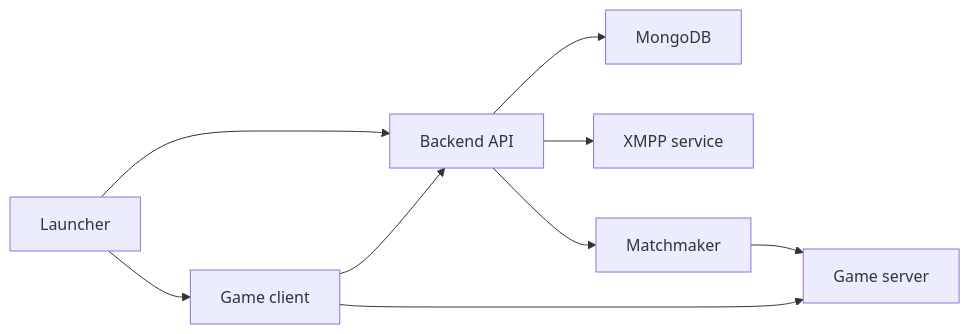
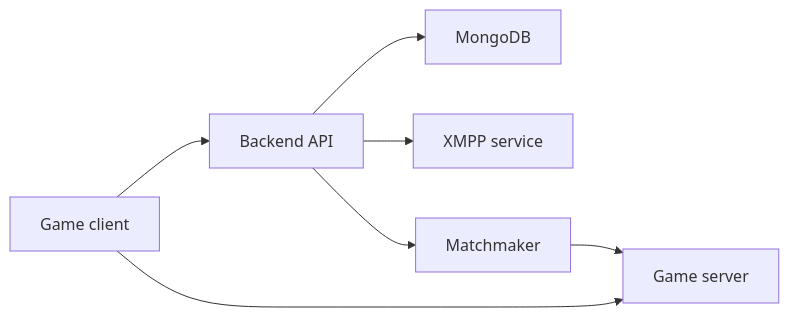
One commit to dor1q/Dream changed the diagram in README.md. Above: the diagram before and after it, drawn with Mermaid. The commit also changed other lines of this file and 5 other files, not shown here.

Commit message:
Limit repository scope to backend and game server

````diff
--- a/README.md
+++ b/README.md
@@ -45,11 +49,9 @@
 ```mermaid
 flowchart LR
-    Launcher["Launcher"] --> Backend["Backend API"]
-    Launcher --> Client["Game client"]
+    Client["Game client"] --> Backend["Backend API"]
+    Client --> GameServer["Game server"]
     Backend --> MongoDB["MongoDB"]
     Backend --> XMPP["XMPP service"]
     Backend --> Matchmaker["Matchmaker"]
-    Matchmaker --> GameServer["Game server"]
-    Client --> Backend
-    Client --> GameServer
+    Matchmaker --> GameServer
 ```
````
